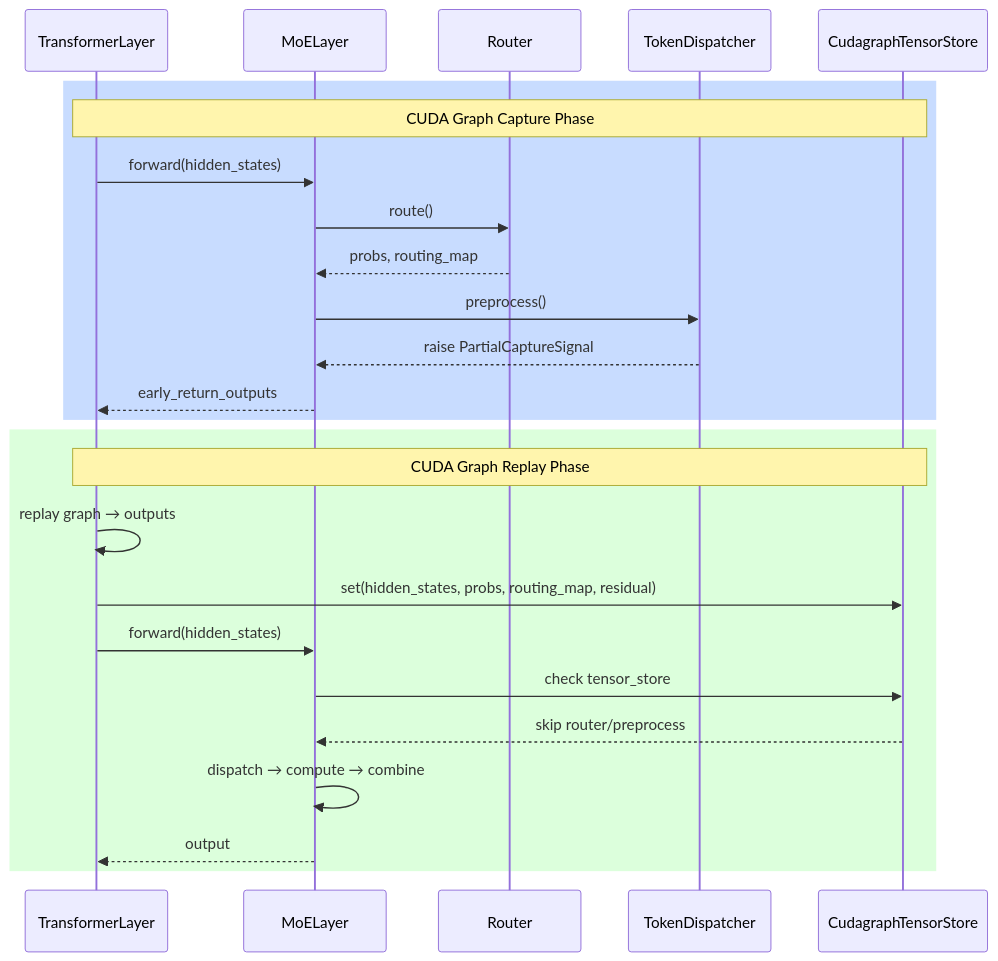
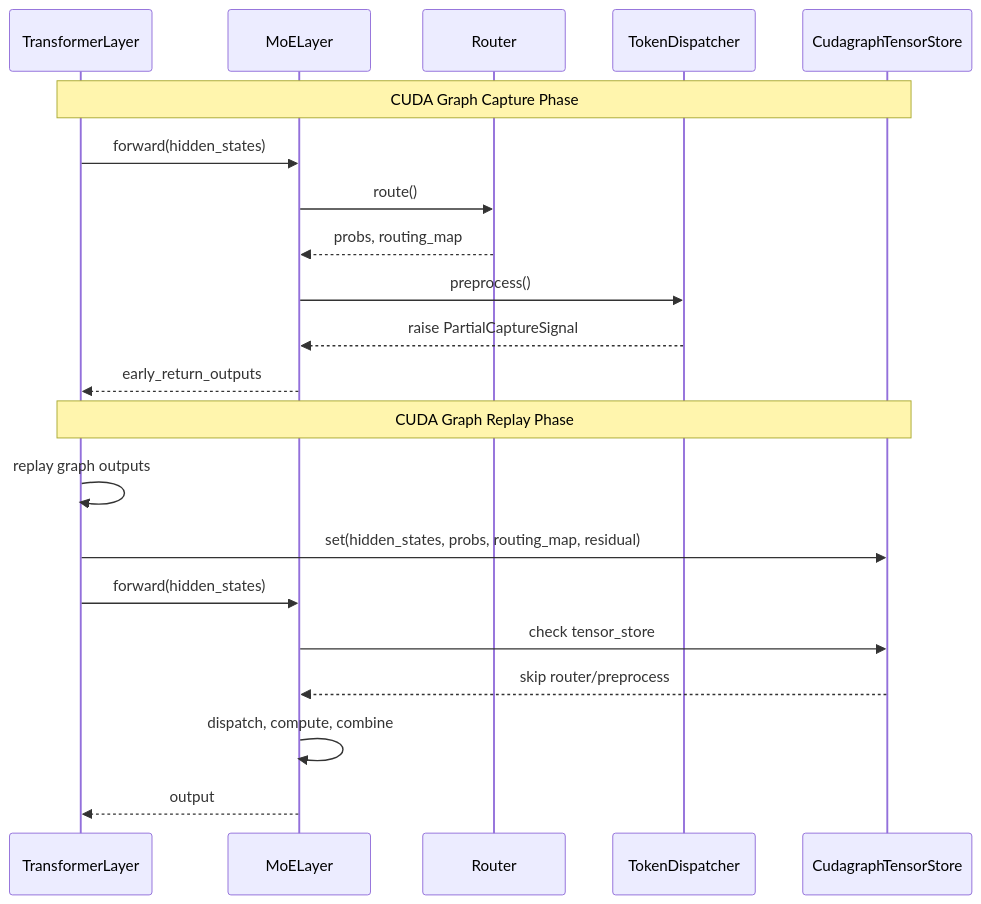
The diagram in _posts/2025-12-30-training-cuda-graph-partial.md (magic3007/blog), drawn with Mermaid before and after one commit. The commit also changed other lines of this file, not shown here.

Commit message:
Refactor sequence diagram in CUDA Graph article to improve clarity by replacing rectangles with notes for the capture and replay phases. This enhances the visual representation of the workflow in MoE model training.

````diff
--- a/_posts/2025-12-30-training-cuda-graph-partial.md
+++ b/_posts/2025-12-30-training-cuda-graph-partial.md
@@ -493,29 +492,25 @@
 ```mermaid
 sequenceDiagram
     participant TL as TransformerLayer
     participant MoE as MoELayer
     participant Router as Router
     participant Dispatcher as TokenDispatcher
     participant Store as CudagraphTensorStore
 
-    rect rgb(200, 220, 255)
-        note over TL,Store: CUDA Graph Capture Phase
-        TL->>MoE: forward(hidden_states)
-        MoE->>Router: route()
-        Router-->>MoE: probs, routing_map
-        MoE->>Dispatcher: preprocess()
-        Dispatcher-->>MoE: raise PartialCaptureSignal
-        MoE-->>TL: early_return_outputs
-    end
+    Note over TL,Store: CUDA Graph Capture Phase
+    TL->>MoE: forward(hidden_states)
+    MoE->>Router: route()
+    Router-->>MoE: probs, routing_map
+    MoE->>Dispatcher: preprocess()
+    Dispatcher-->>MoE: raise PartialCaptureSignal
+    MoE-->>TL: early_return_outputs
 
-    rect rgb(220, 255, 220)
-        note over TL,Store: CUDA Graph Replay Phase
-        TL->>TL: replay graph → outputs
-        TL->>Store: set(hidden_states, probs, routing_map, residual)
-        TL->>MoE: forward(hidden_states)
-        MoE->>Store: check tensor_store
-        Store-->>MoE: skip router/preprocess
-        MoE->>MoE: dispatch → compute → combine
-        MoE-->>TL: output
-    end
+    Note over TL,Store: CUDA Graph Replay Phase
+    TL->>TL: replay graph outputs
+    TL->>Store: set(hidden_states, probs, routing_map, residual)
+    TL->>MoE: forward(hidden_states)
+    MoE->>Store: check tensor_store
+    Store-->>MoE: skip router/preprocess
+    MoE->>MoE: dispatch, compute, combine
+    MoE-->>TL: output
 ```
````
